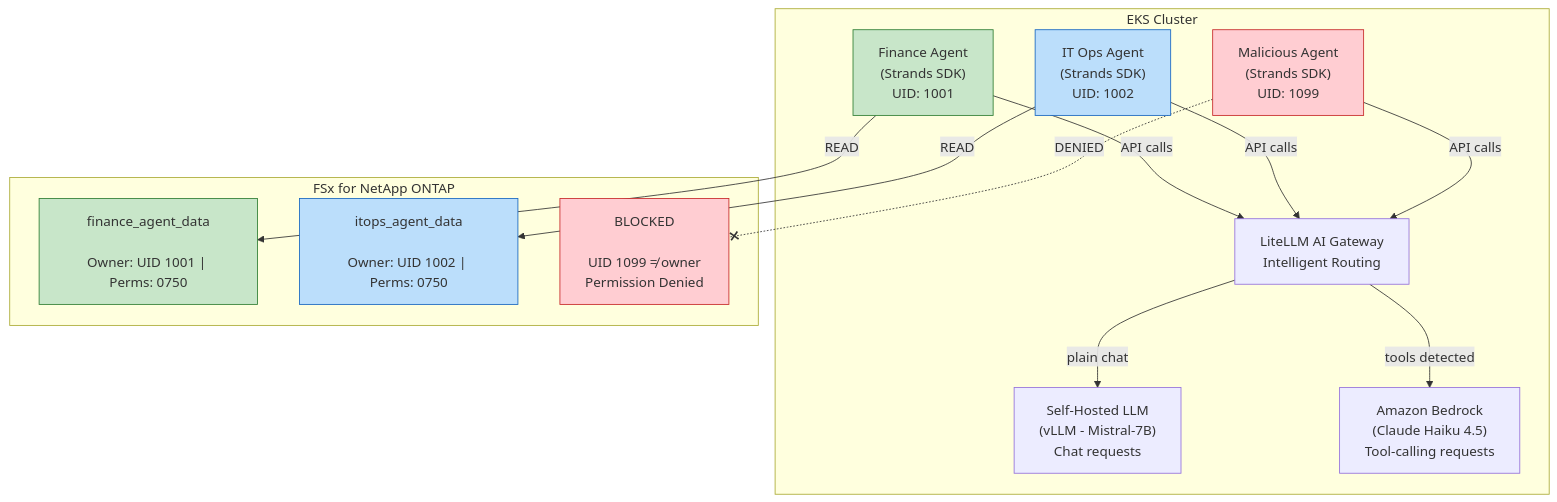
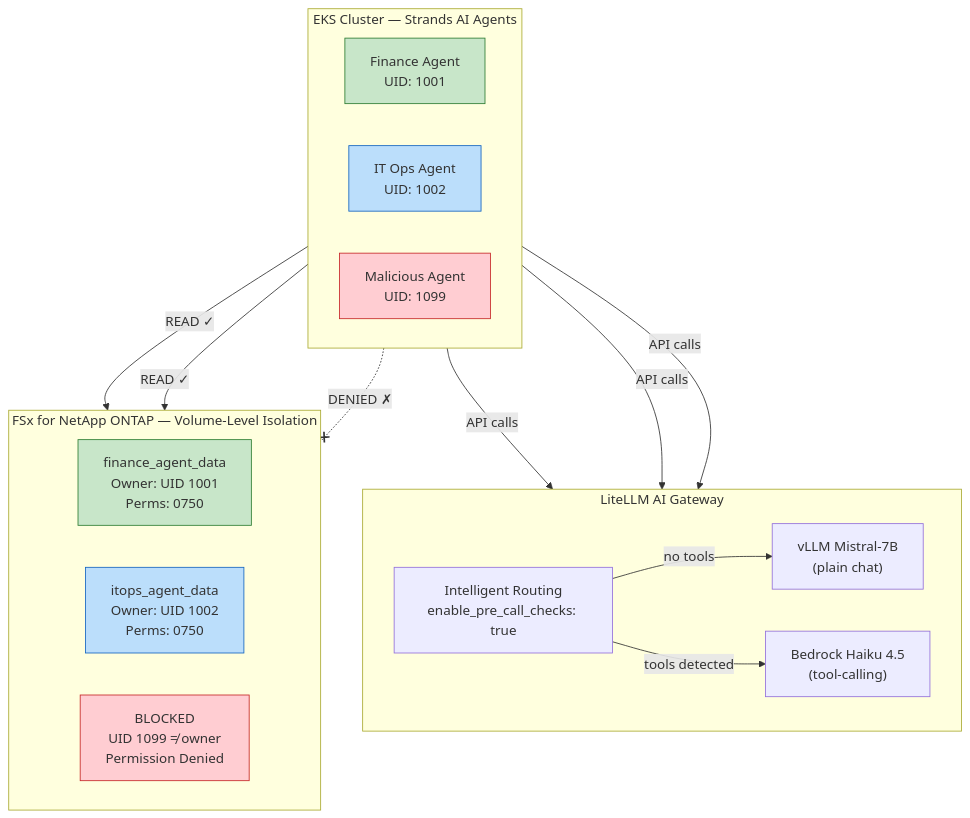
One commit to git4example/genai-fsx-netapp-ontap-workshop-on-eks-auto changed the diagram in content/600_module6_agentic_fsxn/index.en.md. Above: the diagram before and after it, drawn with Mermaid.

Commit message:
fix(module6): Restructure mermaid diagram for clean vertical layout
Three stacked layers (Gateway → Agents → FSxN volumes) with direction LR
inside each subgraph. Arrows flow straight down without overlapping boxes.

````diff
--- a/content/600_module6_agentic_fsxn/index.en.md
+++ b/content/600_module6_agentic_fsxn/index.en.md
@@ -26,34 +26,37 @@
 ```mermaid
-flowchart TD
-    subgraph EKS["EKS Cluster"]
-        GW["LiteLLM AI Gateway\nIntelligent Routing"]
-        LLM["Self-Hosted LLM\n(vLLM - Mistral-7B)\nChat requests"]
-        BR["Amazon Bedrock\n(Claude Haiku 4.5)\nTool-calling requests"]
-        GW -->|plain chat| LLM
+flowchart TB
+    subgraph GW_LAYER["LiteLLM AI Gateway"]
+        direction LR
+        GW["Intelligent Routing\nenable_pre_call_checks: true"]
+        LLM["vLLM Mistral-7B\n(plain chat)"]
+        BR["Bedrock Haiku 4.5\n(tool-calling)"]
+        GW -->|no tools| LLM
         GW -->|tools detected| BR
-
-        FA["Finance Agent\n(Strands SDK)\nUID: 1001"]
-        IA["IT Ops Agent\n(Strands SDK)\nUID: 1002"]
-        MA["Malicious Agent\n(Strands SDK)\nUID: 1099"]
-        FA -->|API calls| GW
-        IA -->|API calls| GW
-        MA -->|API calls| GW
     end
 
-    subgraph FSxN["FSx for NetApp ONTAP"]
-        FV["finance_agent_data\n\nOwner: UID 1001 | Perms: 0750"]
-        IV["itops_agent_data\n\nOwner: UID 1002 | Perms: 0750"]
-        BL["BLOCKED\n\nUID 1099 ≠ owner\nPermission Denied"]
+    subgraph EKS["EKS Cluster — Strands AI Agents"]
+        direction LR
+        FA["Finance Agent\nUID: 1001"]
+        IA["IT Ops Agent\nUID: 1002"]
+        MA["Malicious Agent\nUID: 1099"]
     end
 
-    FA -->|"READ"| FV
-    IA -->|"READ"| IV
-    MA -.-x|"DENIED"| BL
+    subgraph FSxN["FSx for NetApp ONTAP — Volume-Level Isolation"]
+        direction LR
+        FV["finance_agent_data\nOwner: UID 1001\nPerms: 0750"]
+        IV["itops_agent_data\nOwner: UID 1002\nPerms: 0750"]
+        BL["BLOCKED\nUID 1099 ≠ owner\nPermission Denied"]
+    end
+
+    FA & IA & MA -->|API calls| GW
+    FA -->|"READ ✓"| FV
+    IA -->|"READ ✓"| IV
+    MA -.-x|"DENIED ✗"| BL
 
     style FA fill:#c8e6c9,stroke:#2e7d32
     style IA fill:#bbdefb,stroke:#1565c0
     style MA fill:#ffcdd2,stroke:#c62828
     style FV fill:#c8e6c9,stroke:#2e7d32
     style IV fill:#bbdefb,stroke:#1565c0
     style BL fill:#ffcdd2,stroke:#c62828
 ```
````
